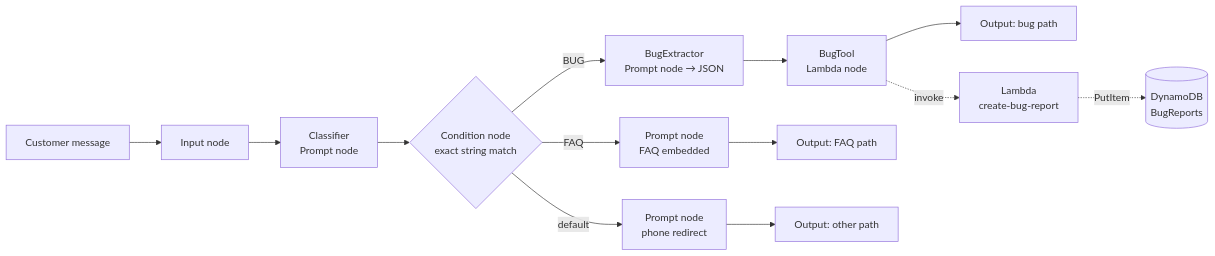
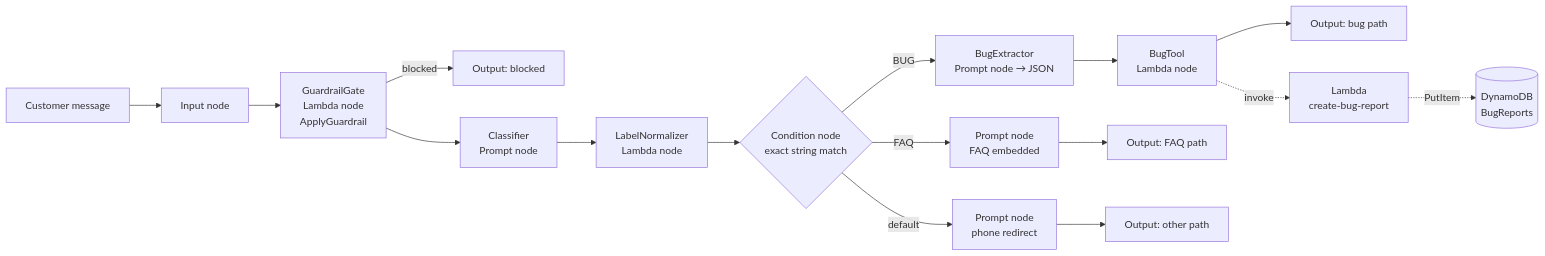
The first of 2 diagrams in docs/architecture.md (Bhardwaj-Saurabh/customer_support_chatbot_aws), drawn with Mermaid before and after one commit. The commit also changed other lines of this file and 6 other files, not shown here.

First line of the commit message:
Add guardrail gate, label normalizer, and follow-up fix (flow v3)

````diff
--- a/docs/architecture.md
+++ b/docs/architecture.md
@@ -17,15 +17,18 @@
 ```mermaid
 flowchart LR
     U[Customer message] --> IN[Input node]
-    IN --> C[Classifier<br/>Prompt node]
-    C --> COND{Condition node<br/>exact string match}
+    IN --> G[GuardrailGate<br/>Lambda node<br/>ApplyGuardrail]
+    G -- blocked --> OB[Output: blocked]
+    G --> C[Classifier<br/>Prompt node]
+    C --> N[LabelNormalizer<br/>Lambda node]
+    N --> COND{Condition node<br/>exact string match}
     COND -- "BUG" --> EX[BugExtractor<br/>Prompt node → JSON]
     COND -- "FAQ" --> FAQ[Prompt node<br/>FAQ embedded]
     COND -- default --> OTH[Prompt node<br/>phone redirect]
     EX --> BT[BugTool<br/>Lambda node]
     BT --> O1[Output: bug path]
     FAQ --> O2[Output: FAQ path]
     OTH --> O3[Output: other path]
     BT -. invoke .-> L[Lambda<br/>create-bug-report]
     L -. PutItem .-> DB[(DynamoDB<br/>BugReports)]
 ```
````
